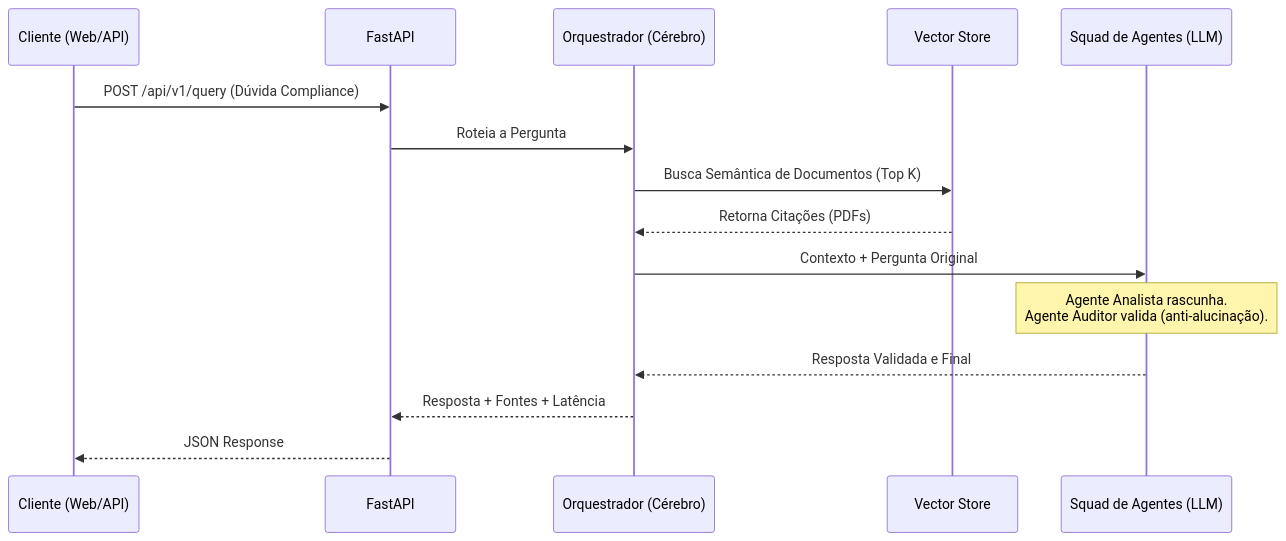
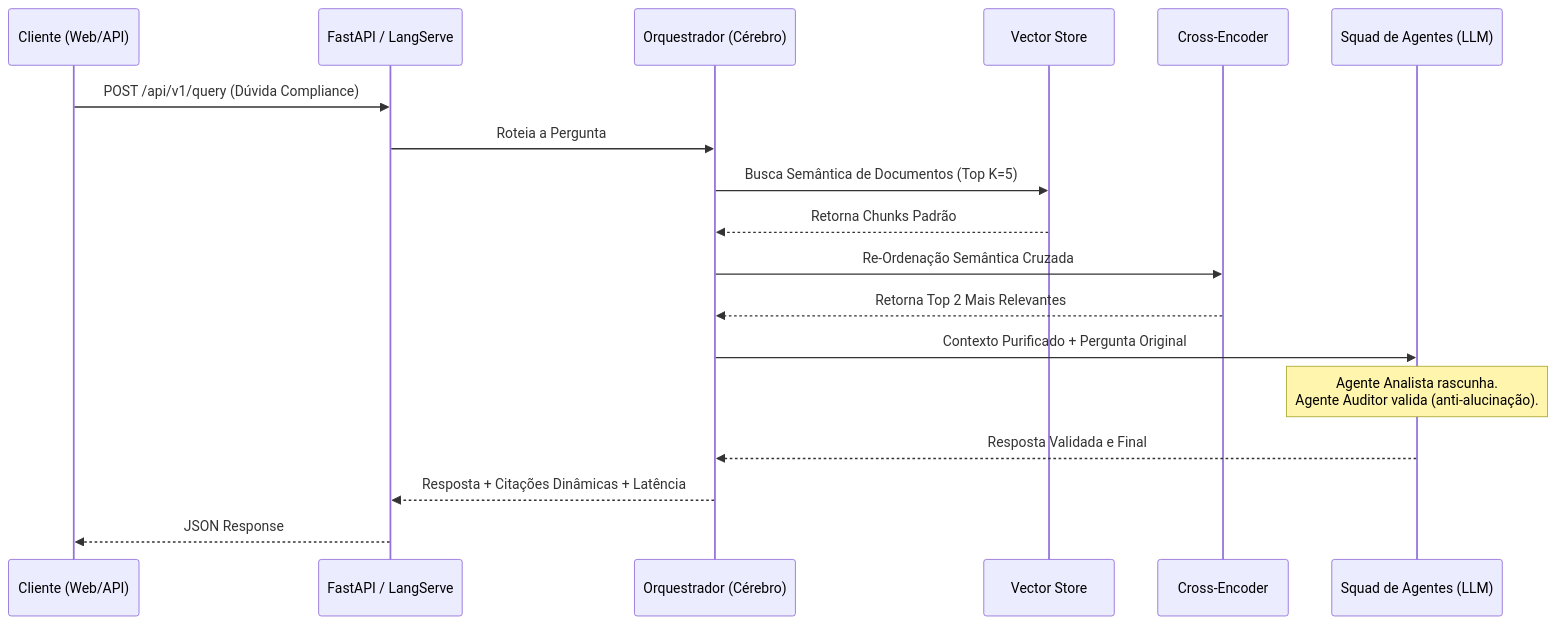
The diagram in README.md (MarcelDevBr/bacen-compliance-rag-agent), drawn with Mermaid before and after one commit. The commit also changed other lines of this file, not shown here.

Commit message:
refactor: upgrade RAG stack with Google Gemini, Streamlit UI, LangServe, and semantic re-ranking support

````diff
--- a/README.md
+++ b/README.md
@@ -19,18 +21,21 @@
 ```mermaid
 sequenceDiagram
     participant User as Cliente (Web/API)
-    participant API as FastAPI
+    participant API as FastAPI / LangServe
     participant LangGraph as Orquestrador (Cérebro)
     participant ChromaDB as Vector Store
+    participant ReRanker as Cross-Encoder
     participant CrewAI as Squad de Agentes (LLM)
 
     User->>API: POST /api/v1/query (Dúvida Compliance)
     API->>LangGraph: Roteia a Pergunta
-    LangGraph->>ChromaDB: Busca Semântica de Documentos (Top K)
-    ChromaDB-->>LangGraph: Retorna Citações (PDFs)
-    LangGraph->>CrewAI: Contexto + Pergunta Original
+    LangGraph->>ChromaDB: Busca Semântica de Documentos (Top K=5)
+    ChromaDB-->>LangGraph: Retorna Chunks Padrão
+    LangGraph->>ReRanker: Re-Ordenação Semântica Cruzada
+    ReRanker-->>LangGraph: Retorna Top 2 Mais Relevantes
+    LangGraph->>CrewAI: Contexto Purificado + Pergunta Original
     Note over CrewAI: Agente Analista rascunha.<br/>Agente Auditor valida (anti-alucinação).
     CrewAI-->>LangGraph: Resposta Validada e Final
-    LangGraph-->>API: Resposta + Fontes + Latência
+    LangGraph-->>API: Resposta + Citações Dinâmicas + Latência
     API-->>User: JSON Response
 ```
````
